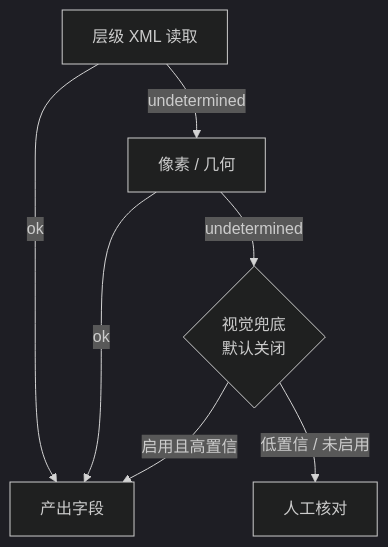
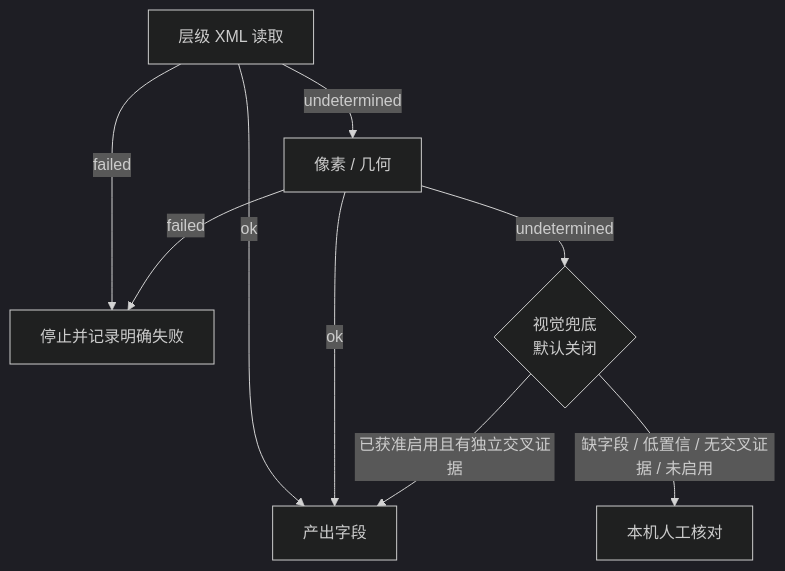
Before and after one commit to bin448482/job-application-openagent: the fifth of 6 diagrams in docs/BOSS直聘_求职自动化_实施计划_20261123.md, drawn with Mermaid (dark theme). The commit also changed other lines of this file and 4 other files, not shown here.

````diff
--- a/docs/BOSS直聘_求职自动化_实施计划_20261123.md
+++ b/docs/BOSS直聘_求职自动化_实施计划_20261123.md
@@ -126,9 +146,11 @@
 ```mermaid
 flowchart TD
   A[层级 XML 读取] -->|ok| Z[产出字段]
+  A -->|failed| F[停止并记录明确失败]
   A -->|undetermined| B[像素 / 几何]
   B -->|ok| Z
   B -->|undetermined| C{视觉兜底<br/>默认关闭}
-  C -->|启用且高置信| Z
-  C -->|低置信 / 未启用| H[人工核对]
+  B -->|failed| F
+  C -->|已获准启用且有独立交叉证据| Z
+  C -->|缺字段 / 低置信 / 无交叉证据 / 未启用| H[本机人工核对]
 ```
````
